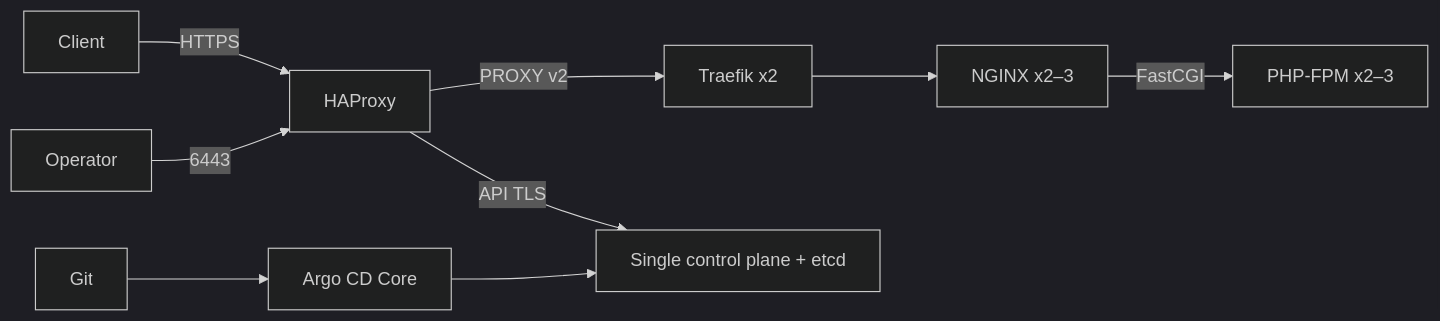
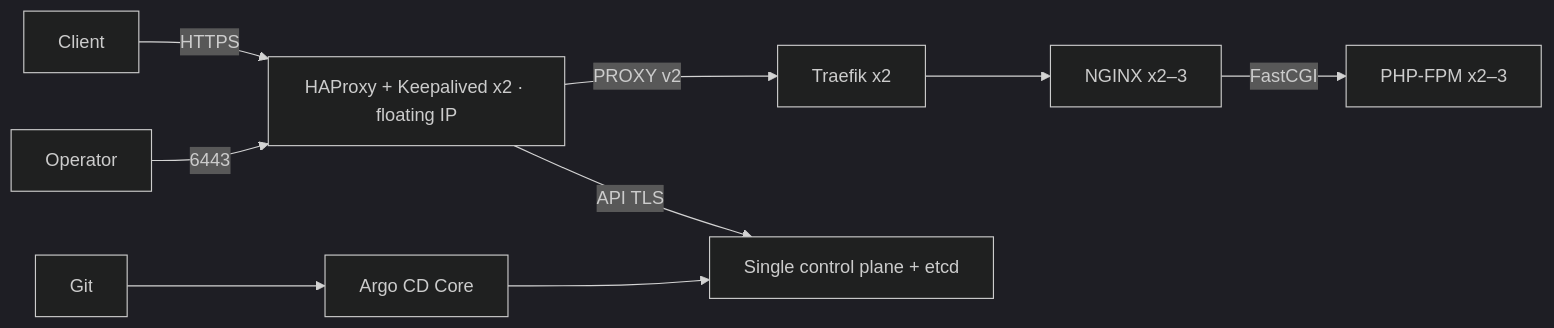
One commit to sajjadghf-max/dpg changed the diagram in README.md. Above: the diagram before and after it, drawn with Mermaid (dark theme). The commit also changed other lines of this file and 48 other files, not shown here.

````diff
--- a/README.md
+++ b/README.md
@@ -16,11 +17,11 @@
 ```mermaid
 flowchart LR
-  Client -->|HTTPS| LB[HAProxy]
+  Client -->|HTTPS| LB[HAProxy + Keepalived x2 · floating IP]
   LB -->|PROXY v2| Ingress[Traefik x2]
   Ingress --> NGINX[NGINX x2–3]
   NGINX -->|FastCGI| PHP[PHP-FPM x2–3]
   Operator -->|6443| LB
   LB -->|API TLS| CP[Single control plane + etcd]
   Git --> Argo[Argo CD Core]
   Argo --> CP
 ```
````
